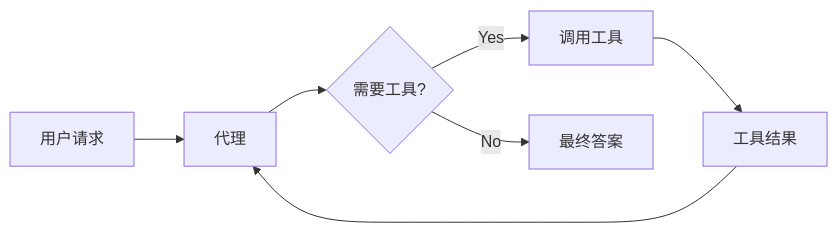
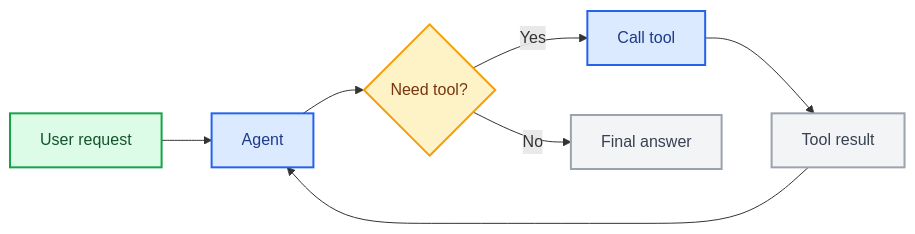
Before and after one commit to kunfan96/cndocs-langchain: the third of 4 diagrams in oss/python/langchain/component-architecture.mdx, drawn with Mermaid. The commit also changed other lines of this file and 2611 other files, not shown here.

````diff
--- a/oss/python/langchain/component-architecture.mdx
+++ b/oss/python/langchain/component-architecture.mdx
@@ -92,9 +109,19 @@
 ```mermaid
 graph LR
-    A[用户请求] --> B[代理]
-    B --> C{需要工具?}
-    C -->|Yes| D[调用工具]
-    D --> E[工具结果]
+    A[User request] --> B[Agent]
+    B --> C{Need tool?}
+    C -->|Yes| D[Call tool]
+    D --> E[Tool result]
     E --> B
-    C -->|No| F[最终答案]
+    C -->|No| F[Final answer]
+
+    classDef trigger fill:#DCFCE7,stroke:#16A34A,stroke-width:2px,color:#14532D
+    classDef process fill:#DBEAFE,stroke:#2563EB,stroke-width:2px,color:#1E3A8A
+    classDef decision fill:#FEF3C7,stroke:#F59E0B,stroke-width:2px,color:#78350F
+    classDef neutral fill:#F3F4F6,stroke:#9CA3AF,stroke-width:2px,color:#374151
+
+    class A trigger
+    class B,D process
+    class C decision
+    class E,F neutral
 ```
````
